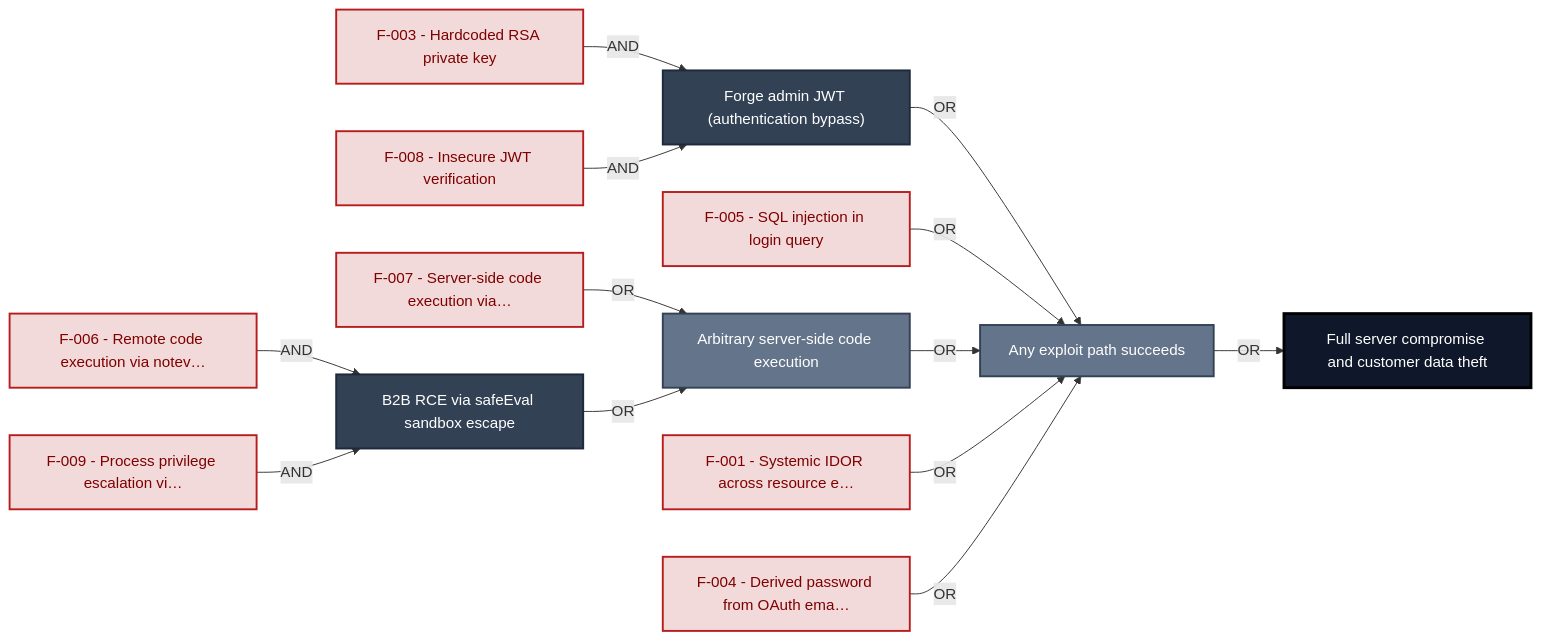
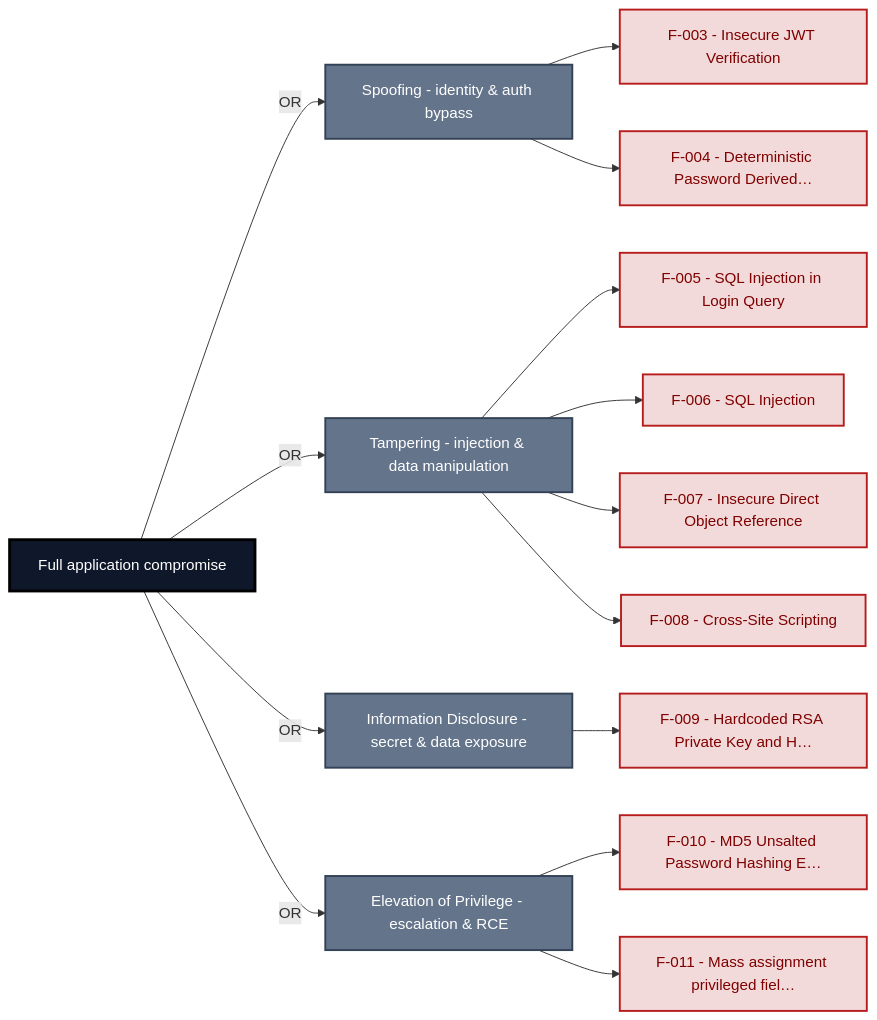
The second of 6 diagrams in examples/threat-modeler/threat-model-juice-shop-quick.md (appsec-foundry/appsec-advisor), drawn with Mermaid before and after one commit. The commit also changed other lines of this file and 7 other files, not shown here.

````diff
--- a/examples/threat-modeler/threat-model-juice-shop-quick.md
+++ b/examples/threat-modeler/threat-model-juice-shop-quick.md
@@ -239,34 +269,36 @@
 ```mermaid
 graph LR
-    G_ROOT["Full server compromise and customer data theft"]:::goal
-    OR_PATHS["Any exploit path succeeds"]:::or_node
-    AND_AUTH["Forge admin JWT (authentication bypass)"]:::and_node
-    L_T003["F-003 - Hardcoded RSA private key"]:::leaf
-    L_T008["F-008 - Insecure JWT verification"]:::leaf
-    L_T005["F-005 - SQL injection in login query"]:::leaf
-    OR_RCE["Arbitrary server-side code execution"]:::or_node
-    L_T007["F-007 - Server-side code execution via…"]:::leaf
-    AND_B2B["B2B RCE via safeEval sandbox escape"]:::and_node
-    L_T006["F-006 - Remote code execution via notev…"]:::leaf
-    L_T009["F-009 - Process privilege escalation vi…"]:::leaf
-    L_T001["F-001 - Systemic IDOR across resource e…"]:::leaf
-    L_T004["F-004 - Derived password from OAuth ema…"]:::leaf
+    GOAL["Full application compromise"]:::goal
+    CAP_SPOOF["Spoofing - identity & auth bypass"]:::or_node
+    T003["F-003 - Insecure JWT Verification"]:::leaf
+    T004["F-004 - Deterministic Password Derived…"]:::leaf
+    CAP_TAMPER["Tampering - injection & data manipulation"]:::or_node
+    T005["F-005 - SQL Injection in Login Query"]:::leaf
+    T006["F-006 - SQL Injection"]:::leaf
+    T007["F-007 - Insecure Direct Object Reference"]:::leaf
+    T008["F-008 - Cross-Site Scripting"]:::leaf
+    CAP_INFO["Information Disclosure - secret & data exposure"]:::or_node
+    T009["F-009 - Hardcoded RSA Private Key and H…"]:::leaf
+    CAP_EOP["Elevation of Privilege - escalation & RCE"]:::or_node
+    T010["F-010 - MD5 Unsalted Password Hashing E…"]:::leaf
+    T011["F-011 - Mass assignment privileged fiel…"]:::leaf
 
-    OR_PATHS -->|"OR"| G_ROOT
-    AND_AUTH -->|"OR"| OR_PATHS
-    L_T003 -->|"AND"| AND_AUTH
-    L_T008 -->|"AND"| AND_AUTH
-    L_T005 -->|"OR"| OR_PATHS
-    OR_RCE -->|"OR"| OR_PATHS
-    L_T007 -->|"OR"| OR_RCE
-    AND_B2B -->|"OR"| OR_RCE
-    L_T006 -->|"AND"| AND_B2B
-    L_T009 -->|"AND"| AND_B2B
-    L_T001 -->|"OR"| OR_PATHS
-    L_T004 -->|"OR"| OR_PATHS
+    GOAL -->|"OR"| CAP_SPOOF
+    CAP_SPOOF --> T003
+    CAP_SPOOF --> T004
+    GOAL -->|"OR"| CAP_TAMPER
+    CAP_TAMPER --> T005
+    CAP_TAMPER --> T006
+    CAP_TAMPER --> T007
+    CAP_TAMPER --> T008
+    GOAL -->|"OR"| CAP_INFO
+    CAP_INFO --> T009
+    GOAL -->|"OR"| CAP_EOP
+    CAP_EOP --> T010
+    CAP_EOP --> T011
 
     classDef goal fill:#0f172a,stroke:#000,color:#fff,stroke-width:3px
     classDef and_node fill:#334155,stroke:#1e293b,color:#fff,stroke-width:2px
     classDef or_node fill:#64748b,stroke:#334155,color:#fff,stroke-width:2px
     classDef leaf fill:#f3dada,stroke:#b71c1c,color:#7f0000,stroke-width:2px
 ```
````
